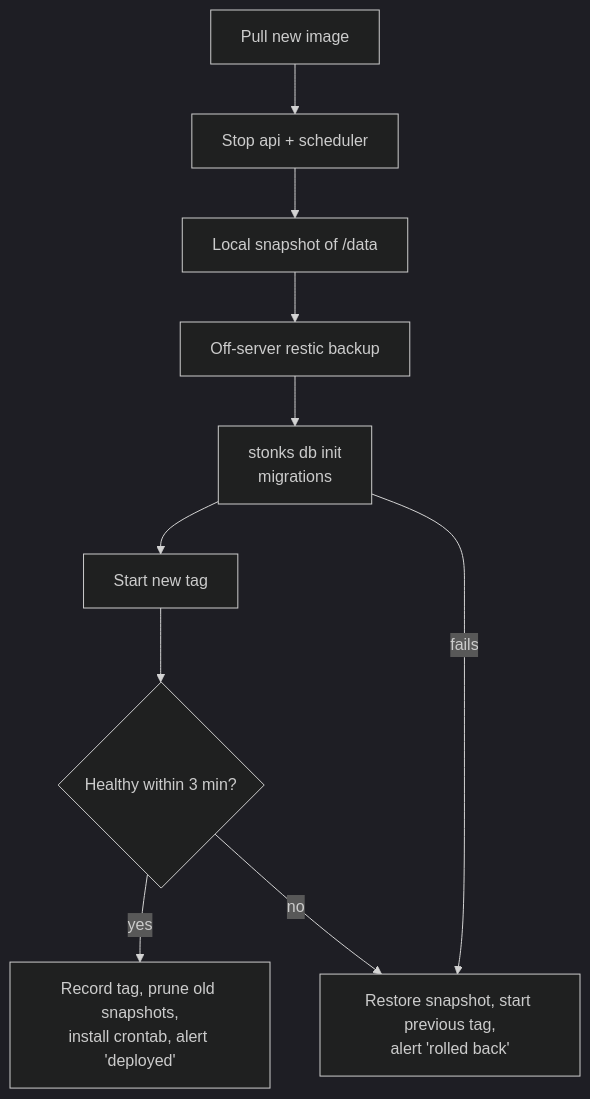
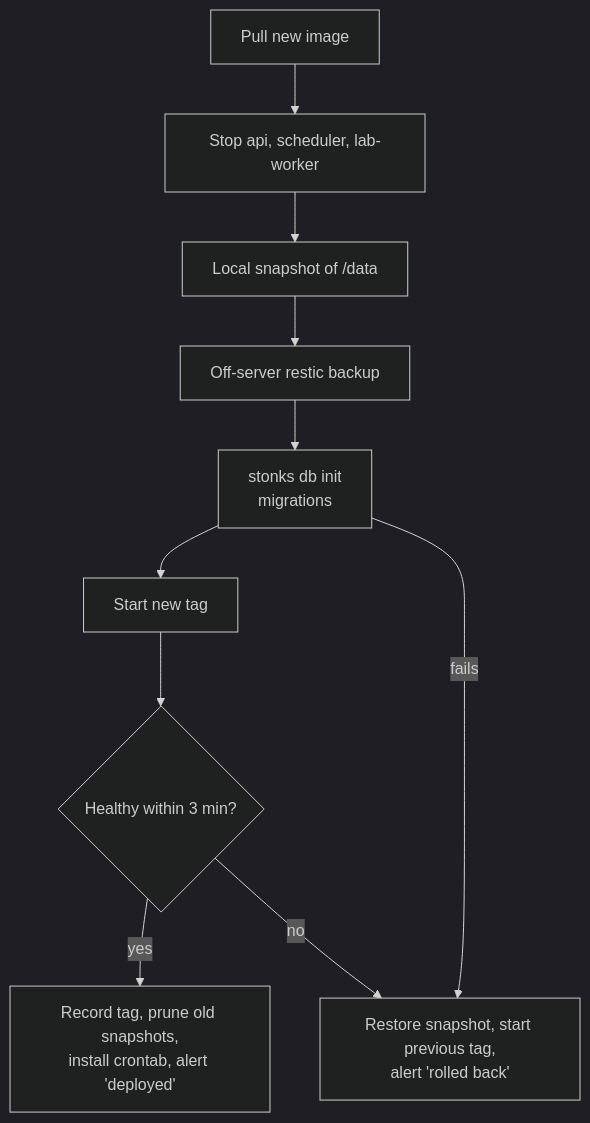
One commit to sleousis/Stonks changed the third of 7 diagrams in docs/deploy.md. Above: the diagram before and after it, drawn with Mermaid (dark theme). The commit also changed other lines of this file and 424 other files, not shown here.

````diff
--- a/docs/deploy.md
+++ b/docs/deploy.md
@@ -206,12 +206,12 @@
 ```mermaid
 flowchart TD
-  P[Pull new image] --> St[Stop api + scheduler]
+  P[Pull new image] --> St[Stop api, scheduler, lab-worker]
   St --> Sn[Local snapshot of /data]
   Sn --> Bk[Off-server restic backup]
   Bk --> M[stonks db init<br/>migrations]
   M --> Up[Start new tag]
   Up --> H{Healthy within 3 min?}
   H -- yes --> Done[Record tag, prune old snapshots,<br/>install crontab, alert 'deployed']
   H -- no --> R[Restore snapshot, start previous tag,<br/>alert 'rolled back']
   M -- fails --> R
 ```
````
